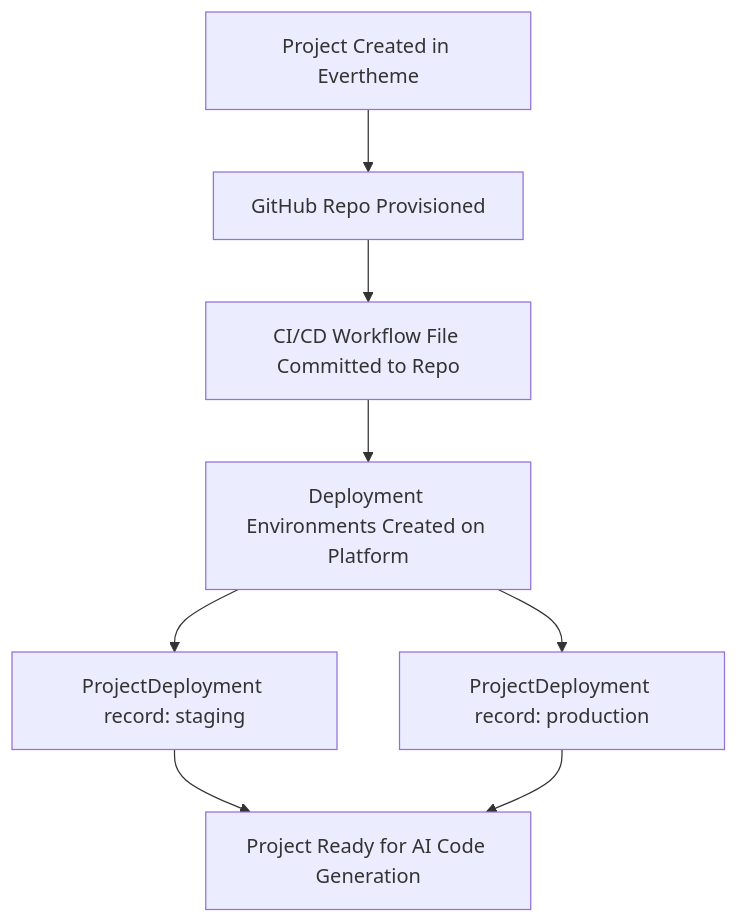
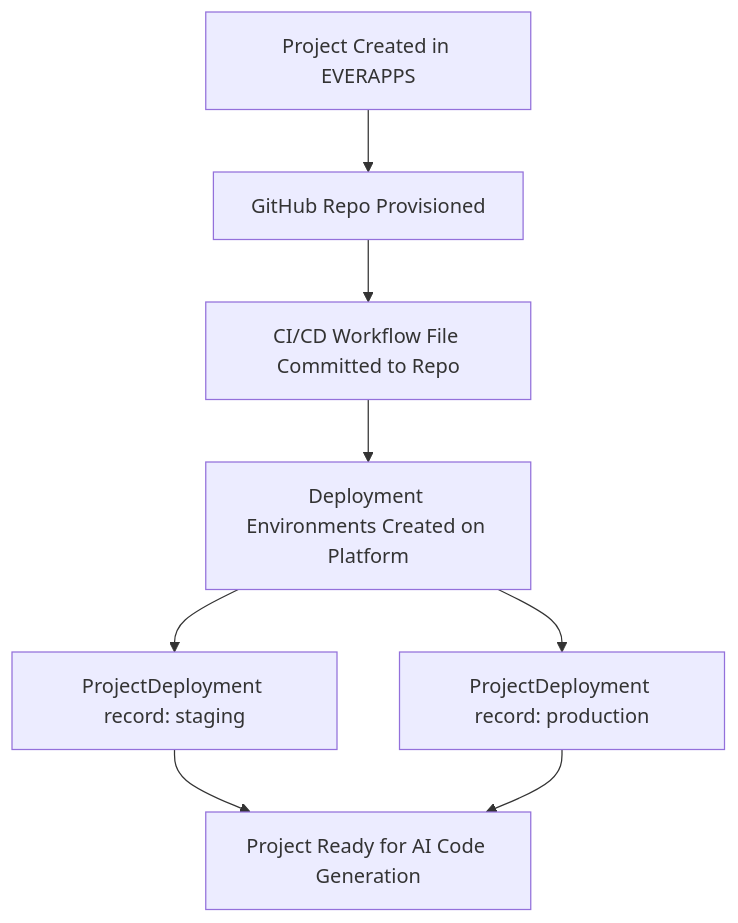
One commit to kevincrawford/evertheme-project changed the second of 5 diagrams in docs/future-enhancements.md. Above: the diagram before and after it, drawn with Mermaid. The commit also changed other lines of this file and 25 other files, not shown here.

````diff
--- a/docs/future-enhancements.md
+++ b/docs/future-enhancements.md
@@ -311,10 +311,10 @@
 ```mermaid
 flowchart TD
-  projectCreate["Project Created in Evertheme"] --> repoProvision["GitHub Repo Provisioned"]
+  projectCreate["Project Created in EVERAPPS"] --> repoProvision["GitHub Repo Provisioned"]
   repoProvision --> ciCommit["CI/CD Workflow File Committed to Repo"]
   ciCommit --> platformEnv["Deployment Environments Created on Platform"]
   platformEnv --> stagingRecord["ProjectDeployment record: staging"]
   platformEnv --> prodRecord["ProjectDeployment record: production"]
   stagingRecord --> ready["Project Ready for AI Code Generation"]
   prodRecord --> ready
 ```
````
